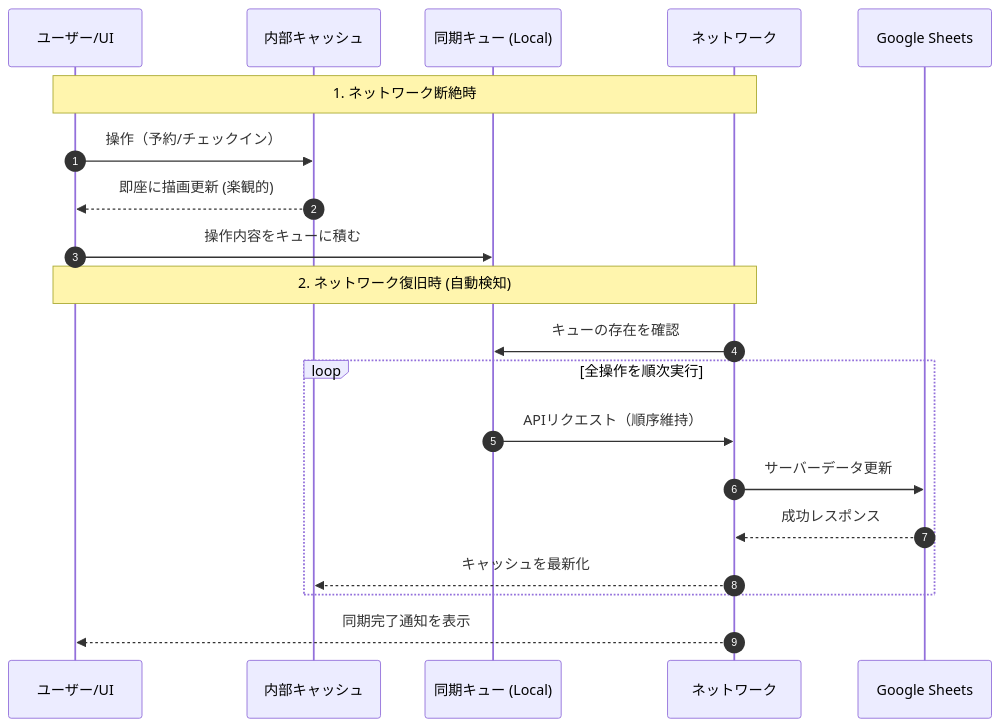
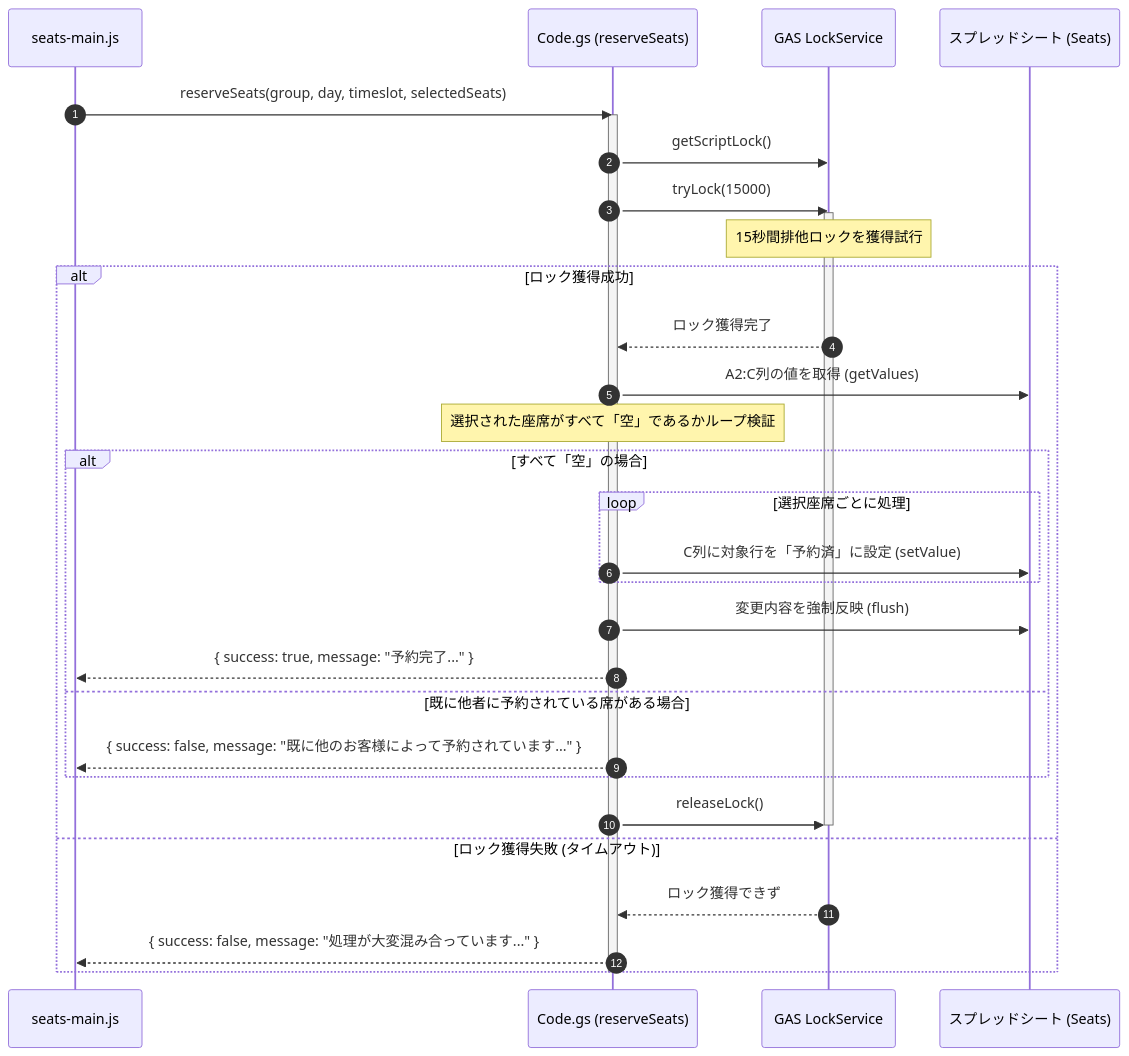
The second of 6 diagrams in README.md (J105588/tickets), drawn with Mermaid before and after one commit. The commit also changed other lines of this file and 1 other file, not shown here.

````diff
--- a/README.md
+++ b/README.md
@@ -89,24 +204,38 @@
 ```mermaid
 sequenceDiagram
     autonumber
-    participant U as ユーザー/UI
-    participant C as 内部キャッシュ
-    participant Q as 同期キュー (Local)
-    participant N as ネットワーク
-    participant S as Google Sheets
-
-    Note over U,N: 1. ネットワーク断絶時
-    U->>C: 操作（予約/チェックイン）
-    C-->>U: 即座に描画更新 (楽観的)
-    U->>Q: 操作内容をキューに積む
-
-    Note over U,N: 2. ネットワーク復旧時 (自動検知)
-    N->>Q: キューの存在を確認
-    loop 全操作を順次実行
-        Q->>N: APIリクエスト（順序維持）
-        N->>S: サーバーデータ更新
-        S-->>N: 成功レスポンス
-        N-->>C: キャッシュを最新化
+    participant FE as seats-main.js
+    participant GAS as Code.gs (reserveSeats)
+    participant Lock as GAS LockService
+    participant Sheet as スプレッドシート (Seats)
+    
+    FE->>GAS: reserveSeats(group, day, timeslot, selectedSeats)
+    activate GAS
+    GAS->>Lock: getScriptLock()
+    GAS->>Lock: tryLock(15000)
+    activate Lock
+    Note over Lock: 15秒間排他ロックを獲得試行
+    
+    alt ロック獲得成功
+        Lock-->>GAS: ロック獲得完了
+        GAS->>Sheet: A2:C列の値を取得 (getValues)
+        Note over GAS: 選択された座席がすべて「空」であるかループ検証
+        
+        alt すべて「空」の場合
+            loop 選択座席ごとに処理
+                GAS->>Sheet: C列に対象行を「予約済」に設定 (setValue)
+            end
+            GAS->>Sheet: 変更内容を強制反映 (flush)
+            GAS-->>FE: { success: true, message: "予約完了..." }
+        else 既に他者に予約されている席がある場合
+            GAS-->>FE: { success: false, message: "既に他のお客様によって予約されています..." }
+        end
+        
+        GAS->>Lock: releaseLock()
+        deactivate Lock
+    else ロック獲得失敗 (タイムアウト)
+        Lock-->>GAS: ロック獲得できず
+        GAS-->>FE: { success: false, message: "処理が大変混み合っています..." }
     end
-    N-->>U: 同期完了通知を表示
+    deactivate GAS
 ```
````
